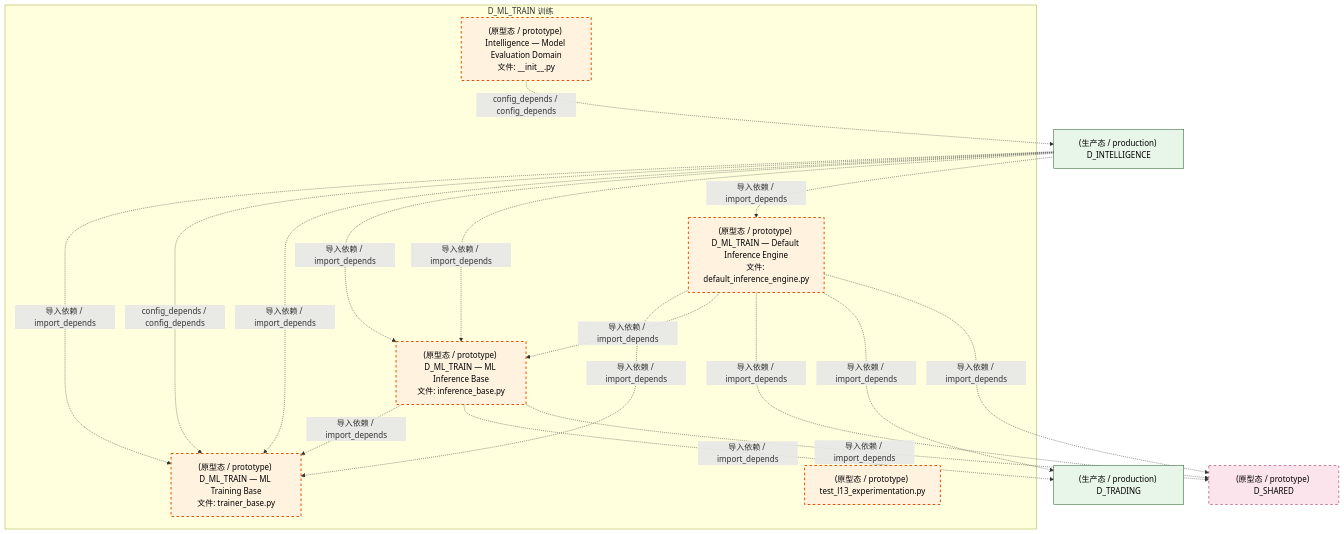
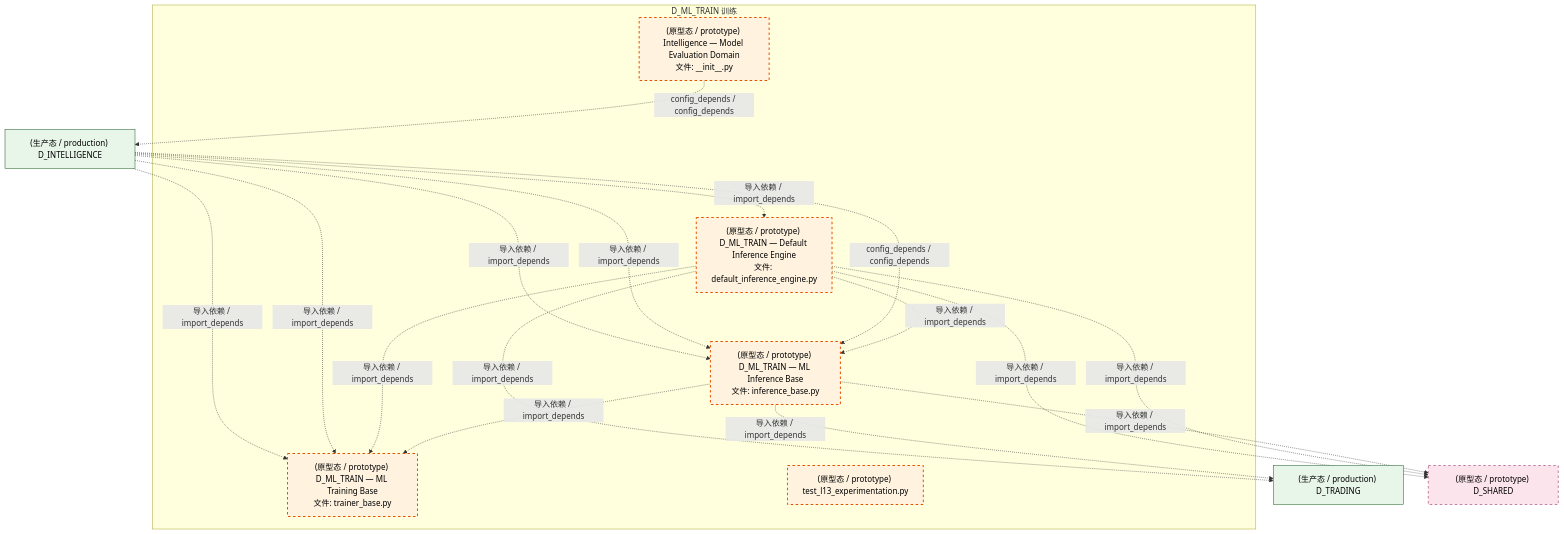
The third of 4 diagrams in docs/02_enterprise_architecture/02_domain_architecture_docs/50_d_ml_train.md (xuanFelixVan/ZephyrAlpha), drawn with Mermaid before and after one commit. The commit also changed other lines of this file and 126 other files, not shown here.

````diff
--- a/docs/02_enterprise_architecture/02_domain_architecture_docs/50_d_ml_train.md
+++ b/docs/02_enterprise_architecture/02_domain_architecture_docs/50_d_ml_train.md
@@ -146,35 +146,35 @@
 ```mermaid
 graph TD
     subgraph D_ML_TRAIN["D_ML_TRAIN 训练"]
         src_zephyr_intelligence_model_evaluation_init_py["(原型态 / prototype) Intelligence — Model Evaluation Domain<br/>文件: __init__.py"]
         src_zephyr_ml_train_implementations_default_inference_engine_py["(原型态 / prototype) D_ML_TRAIN — Default Inference Engine<br/>文件: default_inference_engine.py"]
         src_zephyr_ml_train_inference_base_py["(原型态 / prototype) D_ML_TRAIN — ML Inference Base<br/>文件: inference_base.py"]
         src_zephyr_ml_train_trainer_base_py["(原型态 / prototype) D_ML_TRAIN — ML Training Base<br/>文件: trainer_base.py"]
         tests_ml_experiment_test_l13_experimentation_py["(原型态 / prototype) test_l13_experimentation.py"]
     end
     src_zephyr_ml_train_inference_base_py -.->|导入依赖 / import_depends| src_zephyr_ml_train_trainer_base_py
+    src_zephyr_ml_train_implementations_default_inference_engine_py -.->|导入依赖 / import_depends| src_zephyr_ml_train_inference_base_py
     src_zephyr_ml_train_implementations_default_inference_engine_py -.->|导入依赖 / import_depends| src_zephyr_ml_train_trainer_base_py
-    src_zephyr_ml_train_implementations_default_inference_engine_py -.->|导入依赖 / import_depends| src_zephyr_ml_train_inference_base_py
     D_INTELLIGENCE["(生产态 / production) D_INTELLIGENCE"]
     src_zephyr_intelligence_model_evaluation_init_py -.->|config_depends / config_depends| D_INTELLIGENCE
     D_TRADING["(生产态 / production) D_TRADING"]
     src_zephyr_ml_train_inference_base_py -.->|导入依赖 / import_depends| D_TRADING
     D_SHARED["(原型态 / prototype) D_SHARED"]
     src_zephyr_ml_train_inference_base_py -.->|导入依赖 / import_depends| D_SHARED
     src_zephyr_ml_train_implementations_default_inference_engine_py -.->|导入依赖 / import_depends| D_SHARED
+    src_zephyr_ml_train_implementations_default_inference_engine_py -.->|导入依赖 / import_depends| D_SHARED
     src_zephyr_ml_train_implementations_default_inference_engine_py -.->|导入依赖 / import_depends| D_TRADING
-    src_zephyr_ml_train_implementations_default_inference_engine_py -.->|导入依赖 / import_depends| D_SHARED
-    D_INTELLIGENCE -.->|导入依赖 / import_depends| src_zephyr_ml_train_trainer_base_py
-    D_INTELLIGENCE -.->|config_depends / config_depends| src_zephyr_ml_train_trainer_base_py
-    D_INTELLIGENCE -.->|导入依赖 / import_depends| src_zephyr_ml_train_trainer_base_py
+    D_INTELLIGENCE -.->|config_depends / config_depends| src_zephyr_ml_train_inference_base_py
     D_INTELLIGENCE -.->|导入依赖 / import_depends| src_zephyr_ml_train_inference_base_py
     D_INTELLIGENCE -.->|导入依赖 / import_depends| src_zephyr_ml_train_inference_base_py
+    D_INTELLIGENCE -.->|导入依赖 / import_depends| src_zephyr_ml_train_trainer_base_py
+    D_INTELLIGENCE -.->|导入依赖 / import_depends| src_zephyr_ml_train_trainer_base_py
     D_INTELLIGENCE -.->|导入依赖 / import_depends| src_zephyr_ml_train_implementations_default_inference_engine_py
     classDef production fill:#e1f5fe,stroke:#01579b,stroke-width:2px,color:#000
     classDef design fill:#fff3e0,stroke:#e65100,stroke-width:2px,color:#000,stroke-dasharray: 5 5
     classDef external_prod fill:#e8f5e9,stroke:#1b5e20,stroke-width:1px,color:#000
     classDef external_design fill:#fce4ec,stroke:#880e4f,stroke-width:1px,color:#000,stroke-dasharray: 5 5
     class src_zephyr_intelligence_model_evaluation_init_py,src_zephyr_ml_train_implementations_default_inference_engine_py,src_zephyr_ml_train_inference_base_py,src_zephyr_ml_train_trainer_base_py,tests_ml_experiment_test_l13_experimentation_py design
     class D_INTELLIGENCE,D_TRADING external_prod
     class D_SHARED external_design
 ```
````
